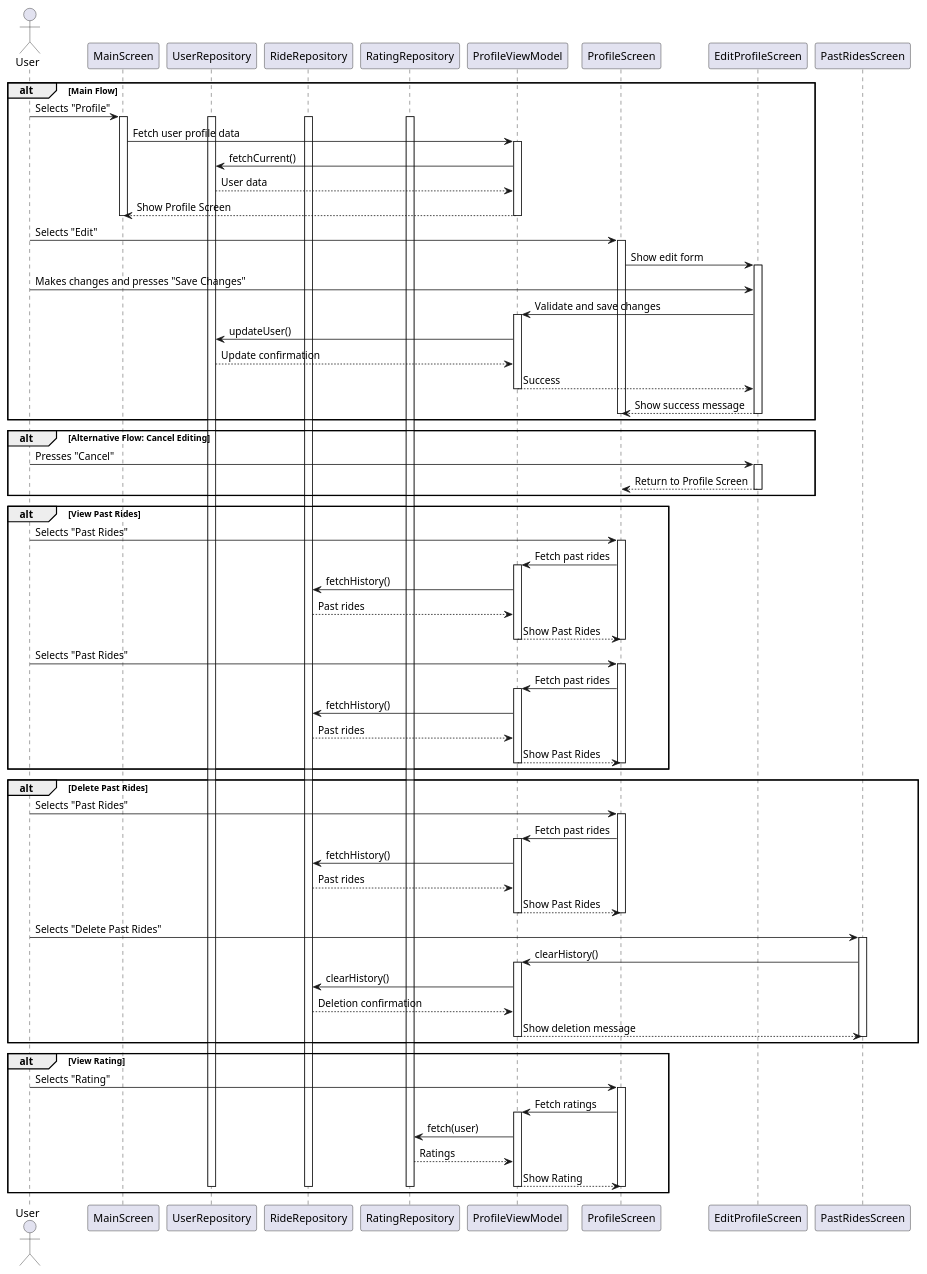
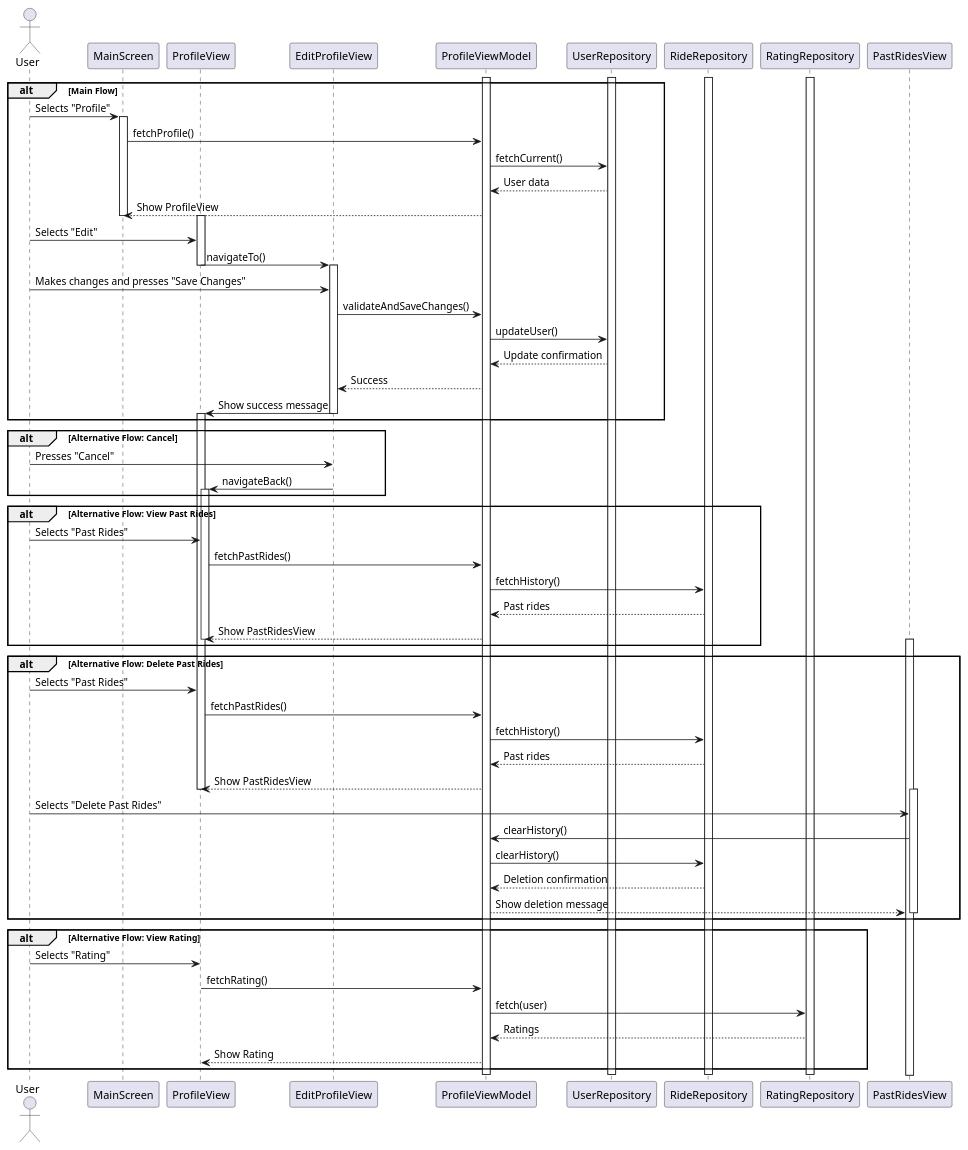
The diagram in reports/sequence/manage-profile-sequence-new.plantuml (YannisRavasopoulos/ProjectSD_S6), drawn with PlantUML before and after one commit.

Commit message:
Refactor manage profile sequence diagram for improved clarity and structure

```diff
--- a/reports/sequence/manage-profile-sequence-new.plantuml
+++ b/reports/sequence/manage-profile-sequence-new.plantuml
@@ -1,97 +1,101 @@
 @startuml Manage-Profile-Sequence
 
 actor User
+participant MainScreen
+participant ProfileView
+participant EditProfileView
+participant ProfileViewModel
+participant UserRepository
+participant RideRepository
+participant RatingRepository
+participant PastRidesView
+
+' ViewModel and repositories are active for the session
+activate ProfileViewModel
+activate UserRepository
+activate RideRepository
+activate RatingRepository
 
 alt Main Flow
     User -> MainScreen : Selects "Profile"
     activate MainScreen
-    activate UserRepository
-    activate RideRepository
-    activate RatingRepository
-    MainScreen -> ProfileViewModel : Fetch user profile data
-    activate ProfileViewModel
+    MainScreen -> ProfileViewModel : fetchProfile()
     ProfileViewModel -> UserRepository : fetchCurrent()
     UserRepository --> ProfileViewModel : User data
-    ProfileViewModel --> MainScreen : Show Profile Screen
-    deactivate ProfileViewModel
+    ProfileViewModel --> MainScreen : Show ProfileView
     deactivate MainScreen
-    User -> ProfileScreen : Selects "Edit"
-    activate ProfileScreen
-    ProfileScreen -> EditProfileScreen : Show edit form
-    activate EditProfileScreen
-    User -> EditProfileScreen : Makes changes and presses "Save Changes"
-    EditProfileScreen -> ProfileViewModel : Validate and save changes
-    activate ProfileViewModel
+
+    activate ProfileView
+    User -> ProfileView : Selects "Edit"
+    ProfileView -> EditProfileView : navigateTo()
+    deactivate ProfileView
+
+    activate EditProfileView
+    User -> EditProfileView : Makes changes and presses "Save Changes"
+    EditProfileView -> ProfileViewModel : validateAndSaveChanges()
     ProfileViewModel -> UserRepository : updateUser()
     UserRepository --> ProfileViewModel : Update confirmation
-    ProfileViewModel --> EditProfileScreen : Success
-    deactivate ProfileViewModel
-    EditProfileScreen --> ProfileScreen : Show success message
-    deactivate EditProfileScreen
-    deactivate ProfileScreen
-end
+    ProfileViewModel --> EditProfileView : Success
+    EditProfileView -> ProfileView : Show success message
+    deactivate EditProfileView
 
-alt Alternative Flow: Cancel Editing
-    User -> EditProfileScreen : Presses "Cancel"
-    activate EditProfileScreen
-    EditProfileScreen --> ProfileScreen : Return to Profile Screen
-    deactivate EditProfileScreen
-end
+    activate ProfileView
+    deactivate ProfileView
+end alt
 
-alt View Past Rides
-    User -> ProfileScreen : Selects "Past Rides"
-    activate ProfileScreen
-    ProfileScreen -> ProfileViewModel : Fetch past rides
-    activate ProfileViewModel
+alt Alternative Flow: Cancel
+    activate EditProfileView
+    User -> EditProfileView : Presses "Cancel"
+    EditProfileView -> ProfileView : navigateBack()
+    deactivate EditProfileView
+    activate ProfileView
+    deactivate ProfileView
+end alt
+
+alt Alternative Flow: View Past Rides
+    activate ProfileView
+    User -> ProfileView : Selects "Past Rides"
+    ProfileView -> ProfileViewModel : fetchPastRides()
     ProfileViewModel -> RideRepository : fetchHistory()
     RideRepository --> ProfileViewModel : Past rides
-    ProfileViewModel --> ProfileScreen : Show Past Rides
-    deactivate ProfileViewModel
-    deactivate ProfileScreen
-    User -> ProfileScreen : Selects "Past Rides"
-    activate ProfileScreen
-    ProfileScreen -> ProfileViewModel : Fetch past rides
-    activate ProfileViewModel
+    ProfileViewModel --> ProfileView : Show PastRidesView
+    deactivate ProfileView
+
+    activate PastRidesView
+    deactivate PastRidesView
+end alt
+
+alt Alternative Flow: Delete Past Rides
+    activate ProfileView
+    User -> ProfileView : Selects "Past Rides"
+    ProfileView -> ProfileViewModel : fetchPastRides()
     ProfileViewModel -> RideRepository : fetchHistory()
     RideRepository --> ProfileViewModel : Past rides
-    ProfileViewModel --> ProfileScreen : Show Past Rides
-    deactivate ProfileViewModel
-    deactivate ProfileScreen
-end
+    ProfileViewModel --> ProfileView : Show PastRidesView
+    deactivate ProfileView
 
-alt Delete Past Rides 
-    User -> ProfileScreen : Selects "Past Rides"
-    activate ProfileScreen
-    ProfileScreen -> ProfileViewModel : Fetch past rides
-    activate ProfileViewModel
-    ProfileViewModel -> RideRepository : fetchHistory()
-    RideRepository --> ProfileViewModel : Past rides
-    ProfileViewModel --> ProfileScreen : Show Past Rides
-    deactivate ProfileViewModel
-    deactivate ProfileScreen
-    User -> PastRidesScreen : Selects "Delete Past Rides"
-    activate PastRidesScreen
-    PastRidesScreen -> ProfileViewModel : clearHistory()
-    activate ProfileViewModel
+    activate PastRidesView
+    User -> PastRidesView : Selects "Delete Past Rides"
+    PastRidesView -> ProfileViewModel : clearHistory()
     ProfileViewModel -> RideRepository : clearHistory()
     RideRepository --> ProfileViewModel : Deletion confirmation
-    ProfileViewModel --> PastRidesScreen : Show deletion message
-    deactivate ProfileViewModel
-    deactivate PastRidesScreen
-end
+    ProfileViewModel --> PastRidesView : Show deletion message
+    deactivate PastRidesView
+end alt
 
-alt View Rating 
-    User -> ProfileScreen : Selects "Rating"
-    activate ProfileScreen
-    ProfileScreen -> ProfileViewModel : Fetch ratings
-    activate ProfileViewModel
+alt Alternative Flow: View Rating
+    activate ProfileView
+    User -> ProfileView : Selects "Rating"
+    ProfileView -> ProfileViewModel : fetchRating()
     ProfileViewModel -> RatingRepository : fetch(user)
     RatingRepository --> ProfileViewModel : Ratings
-    ProfileViewModel --> ProfileScreen : Show Rating
-    deactivate ProfileViewModel
-    deactivate ProfileScreen
-    deactivate UserRepository
-    deactivate RatingRepository
-    deactivate RideRepository
-end
+    ProfileViewModel --> ProfileView : Show Rating
+    deactivate ProfileView
+end alt
+
+deactivate ProfileViewModel
+deactivate UserRepository
+deactivate RideRepository
+deactivate RatingRepository
+
 @enduml
```
